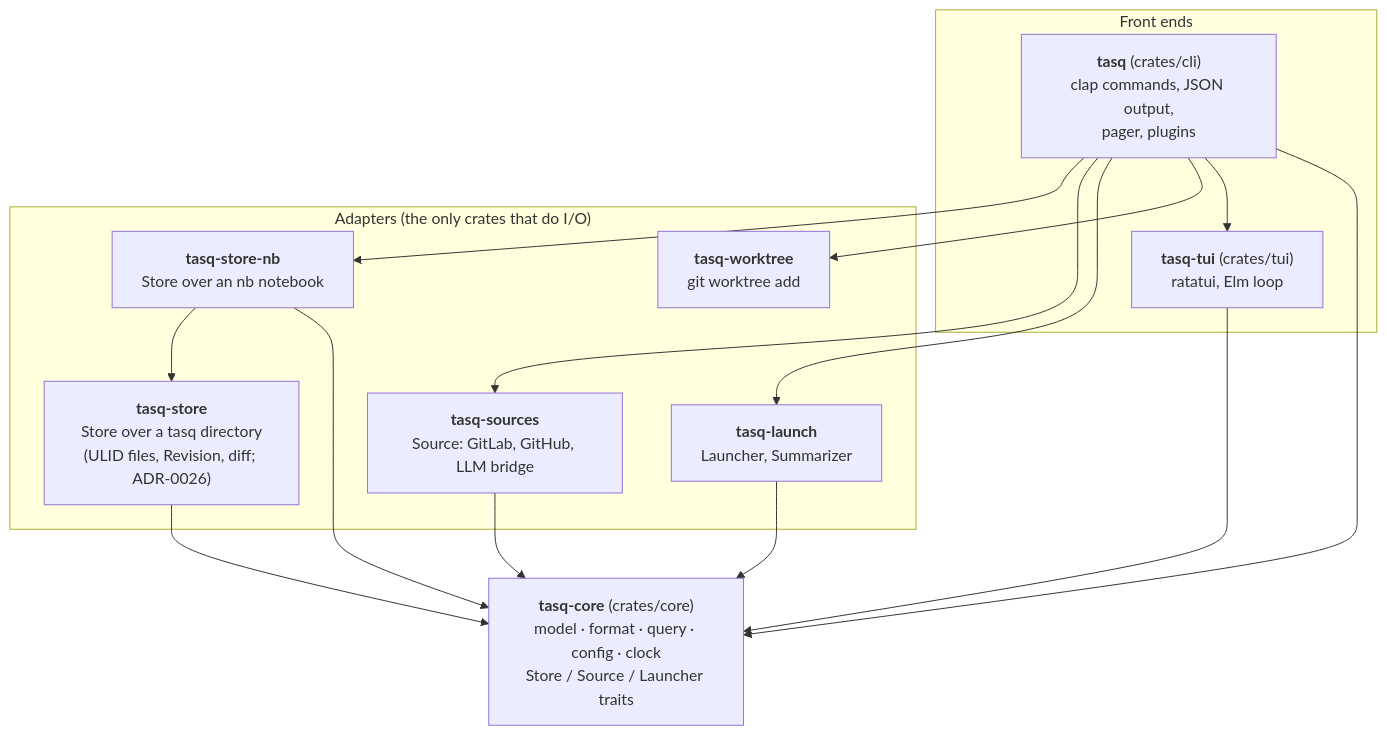
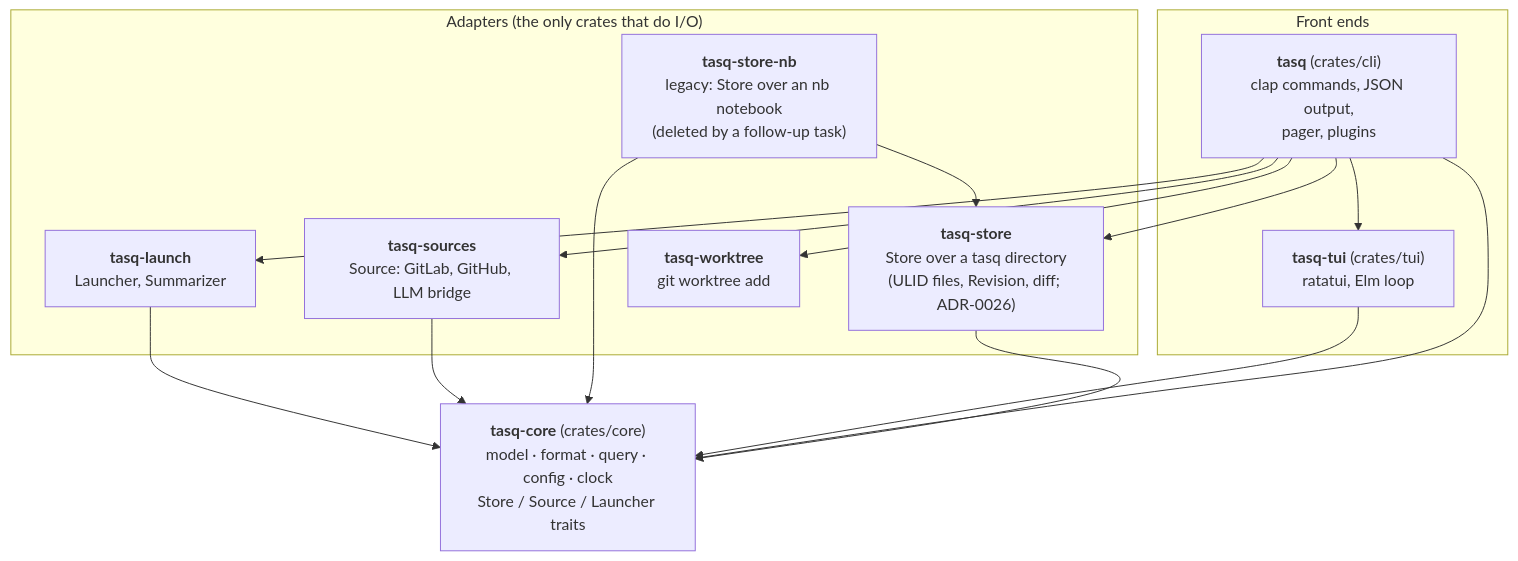
One commit to pauc/tasq changed the first of 7 diagrams in docs/architecture.md. Above: the diagram before and after it, drawn with Mermaid. The commit also changed other lines of this file and 23 other files, not shown here.

````diff
--- a/docs/architecture.md
+++ b/docs/architecture.md
@@ -11,30 +11,30 @@
 ```mermaid
 flowchart TB
     subgraph front["Front ends"]
         cli["<b>tasq</b> (crates/cli)<br/>clap commands, JSON output,<br/>pager, plugins"]
         tui["<b>tasq-tui</b> (crates/tui)<br/>ratatui, Elm loop"]
     end
 
     subgraph adapters["Adapters (the only crates that do I/O)"]
         tstore["<b>tasq-store</b><br/>Store over a tasq directory<br/>(ULID files, Revision, diff; ADR-0026)"]
-        store["<b>tasq-store-nb</b><br/>Store over an nb notebook"]
+        store["<b>tasq-store-nb</b><br/>legacy: Store over an nb notebook<br/>(deleted by a follow-up task)"]
         sources["<b>tasq-sources</b><br/>Source: GitLab, GitHub, LLM bridge"]
         launch["<b>tasq-launch</b><br/>Launcher, Summarizer"]
         worktree["<b>tasq-worktree</b><br/>git worktree add"]
     end
 
     core["<b>tasq-core</b> (crates/core)<br/>model · format · query · config · clock<br/>Store / Source / Launcher traits"]
 
-    cli --> store
+    cli --> tstore
     store --> tstore
     tstore --> core
     cli --> sources
     cli --> launch
     cli --> worktree
     cli --> tui
     cli --> core
     tui --> core
     store --> core
     sources --> core
     launch --> core
 ```
````
